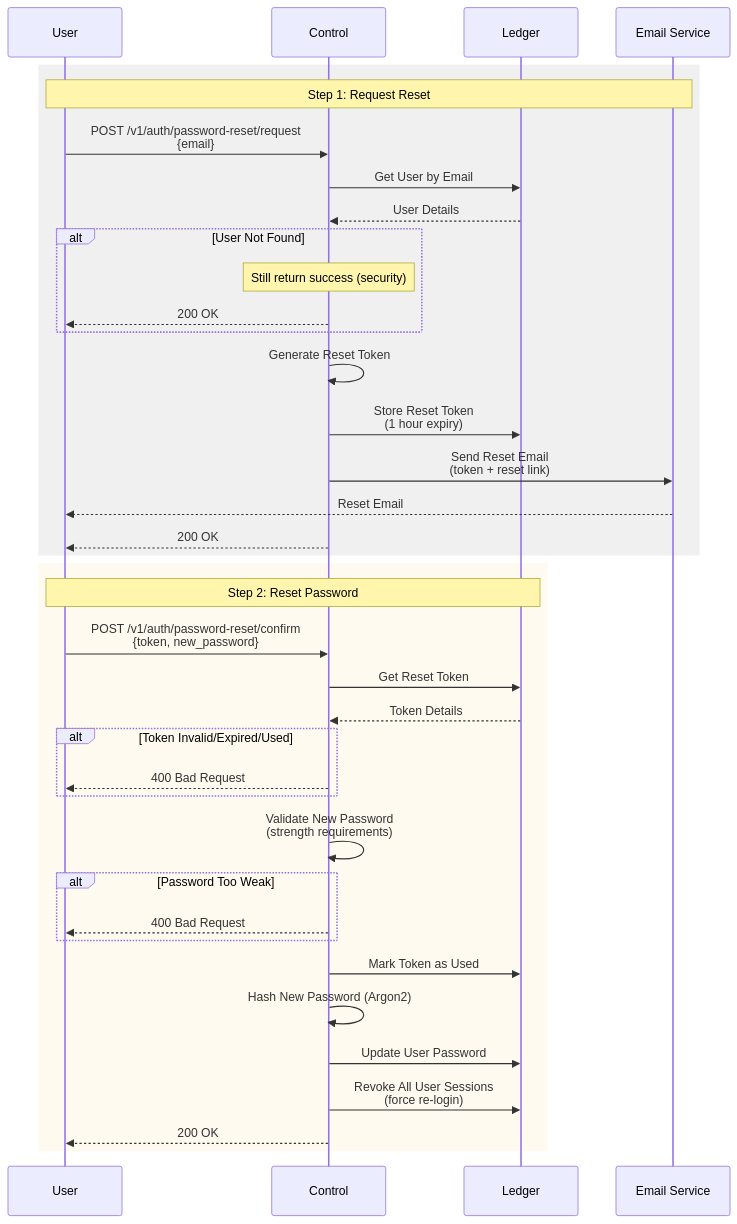
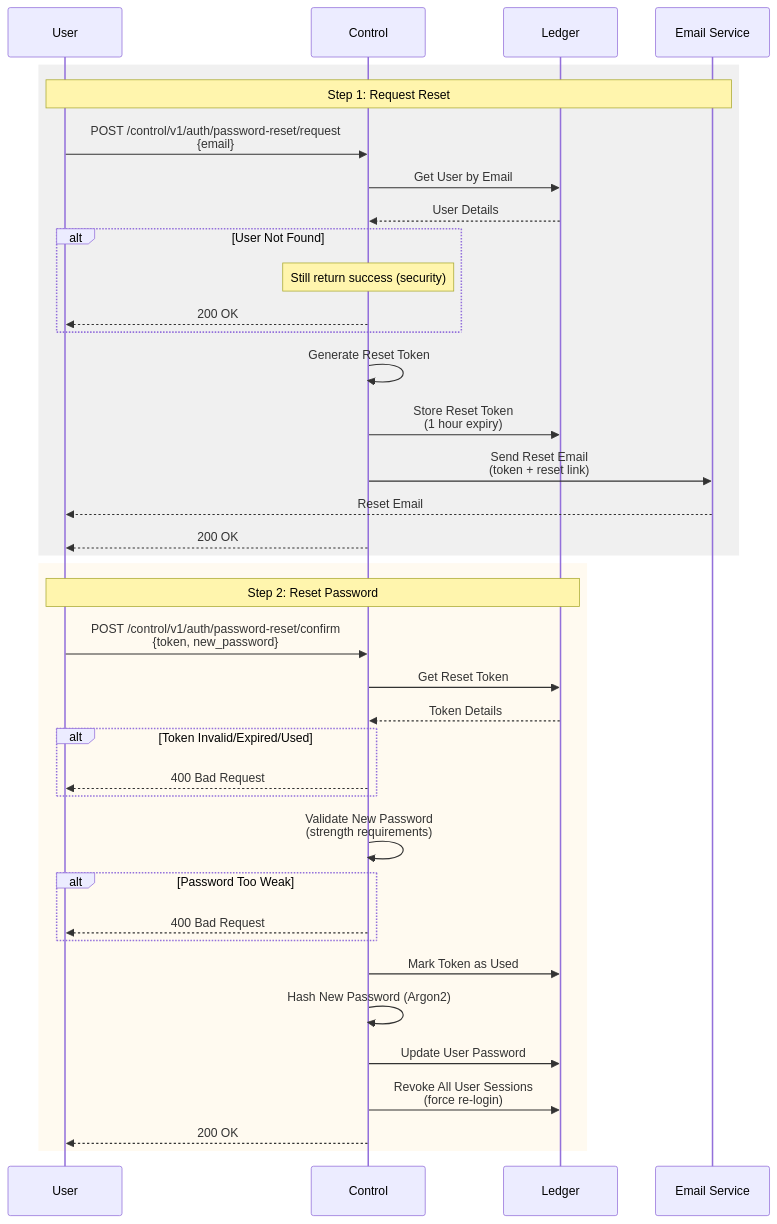
Before and after one commit to inferadb/control: the ninth of 14 diagrams in docs/flows.md, drawn with Mermaid. The commit also changed other lines of this file and 49 other files, not shown here.

````diff
--- a/docs/flows.md
+++ b/docs/flows.md
@@ -350,54 +350,54 @@
 ```mermaid
 sequenceDiagram
     participant User
     participant API as Control
     participant DB as Ledger
     participant Email as Email Service
 
     rect rgb(240, 240, 240)
     Note over User,Email: Step 1: Request Reset
-    User->>API: POST /v1/auth/password-reset/request<br/>{email}
+    User->>API: POST /control/v1/auth/password-reset/request<br/>{email}
 
     API->>DB: Get User by Email
     DB-->>API: User Details
 
     alt User Not Found
         Note over API: Still return success (security)
         API-->>User: 200 OK
     end
 
     API->>API: Generate Reset Token
     API->>DB: Store Reset Token<br/>(1 hour expiry)
 
     API->>Email: Send Reset Email<br/>(token + reset link)
     Email-->>User: Reset Email
 
     API-->>User: 200 OK
     end
 
     rect rgb(255, 250, 240)
     Note over User,DB: Step 2: Reset Password
-    User->>API: POST /v1/auth/password-reset/confirm<br/>{token, new_password}
+    User->>API: POST /control/v1/auth/password-reset/confirm<br/>{token, new_password}
 
     API->>DB: Get Reset Token
     DB-->>API: Token Details
 
     alt Token Invalid/Expired/Used
         API-->>User: 400 Bad Request
     end
 
     API->>API: Validate New Password<br/>(strength requirements)
 
     alt Password Too Weak
         API-->>User: 400 Bad Request
     end
 
     API->>DB: Mark Token as Used
     API->>API: Hash New Password (Argon2)
     API->>DB: Update User Password
 
     API->>DB: Revoke All User Sessions<br/>(force re-login)
 
     API-->>User: 200 OK
     end
 ```
````
